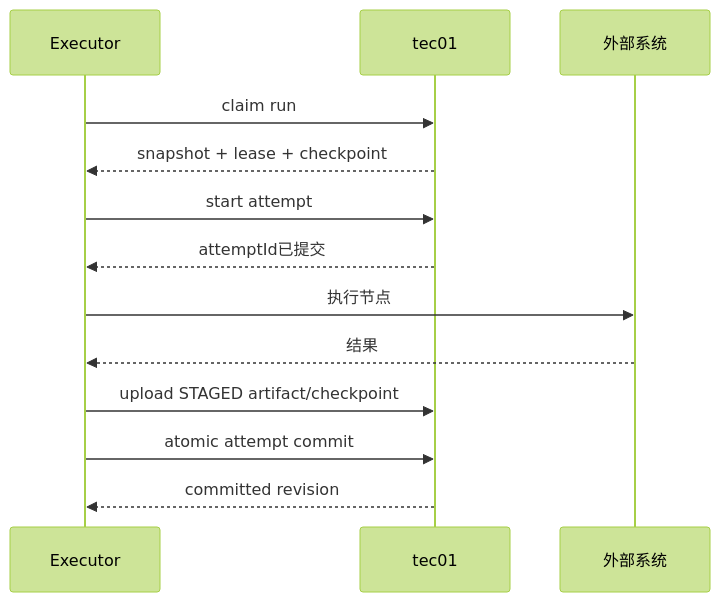
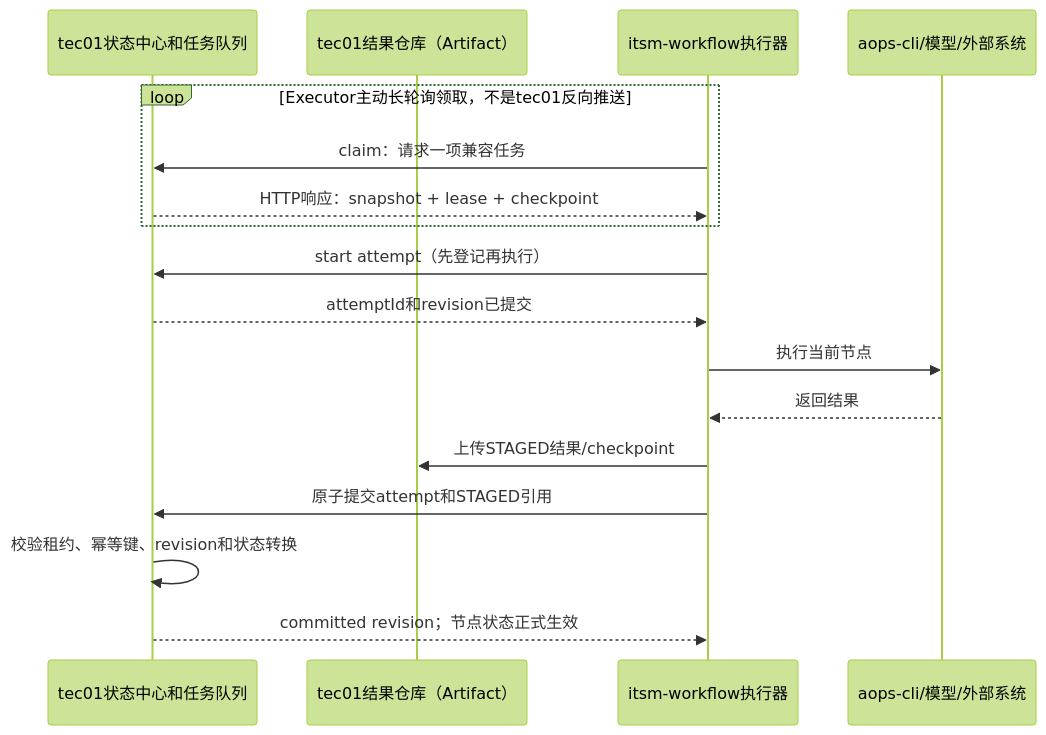
Before and after one commit to armin1024/itsm-workflow: the third of 4 diagrams in docs/tec01-integration-contract.md, drawn with Mermaid (forest theme). The commit also changed other lines of this file and 1 other file, not shown here.

Commit message:
docs: clarify tec01 executor coordination

````diff
--- a/docs/tec01-integration-contract.md
+++ b/docs/tec01-integration-contract.md
@@ -775,15 +775,19 @@
 ```mermaid
 sequenceDiagram
-    participant E as Executor
-    participant T as tec01
-    participant X as 外部系统
-    E->>T: claim run
-    T-->>E: snapshot + lease + checkpoint
-    E->>T: start attempt
-    T-->>E: attemptId已提交
-    E->>X: 执行节点
-    X-->>E: 结果
-    E->>T: upload STAGED artifact/checkpoint
-    E->>T: atomic attempt commit
-    T-->>E: committed revision
+    participant T as tec01状态中心和任务队列
+    participant A as tec01结果仓库（Artifact）
+    participant E as itsm-workflow执行器
+    participant X as aops-cli/模型/外部系统
+    loop Executor主动长轮询领取，不是tec01反向推送
+        E->>T: claim：请求一项兼容任务
+        T-->>E: HTTP响应：snapshot + lease + checkpoint
+    end
+    E->>T: start attempt（先登记再执行）
+    T-->>E: attemptId和revision已提交
+    E->>X: 执行当前节点
+    X-->>E: 返回结果
+    E->>A: 上传STAGED结果/checkpoint
+    E->>T: 原子提交attempt和STAGED引用
+    T->>T: 校验租约、幂等键、revision和状态转换
+    T-->>E: committed revision；节点状态正式生效
 ```
````
